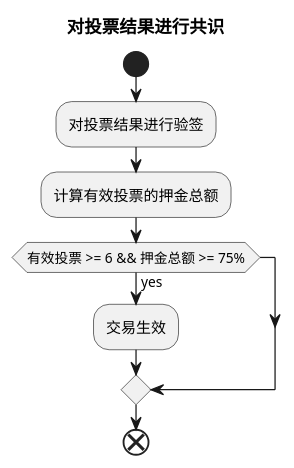
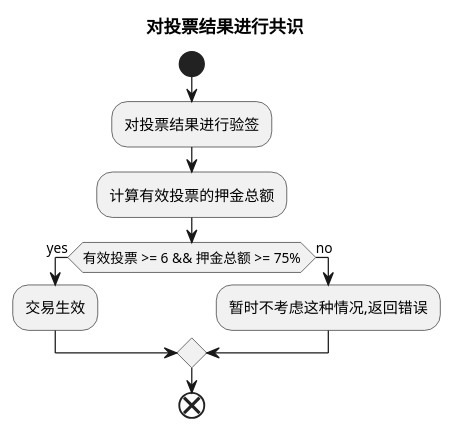
One commit to alvinleee/matrix-work changed the diagram in doc/voteConsensus.wsd. Above: the diagram before and after it, drawn with PlantUML.

Commit message:
update vote consensus

```diff
--- a/doc/voteConsensus.wsd
+++ b/doc/voteConsensus.wsd
@@ -1,10 +1,12 @@
 @startuml
 title 对投票结果进行共识
 start
 :对投票结果进行验签;
 :计算有效投票的押金总额;
 if (有效投票 >= 6 && 押金总额 >= 75%)then(yes)
     :交易生效;
+else(no)
+    :暂时不考虑这种情况,返回错误;
 endif
 end
 @enduml
```
